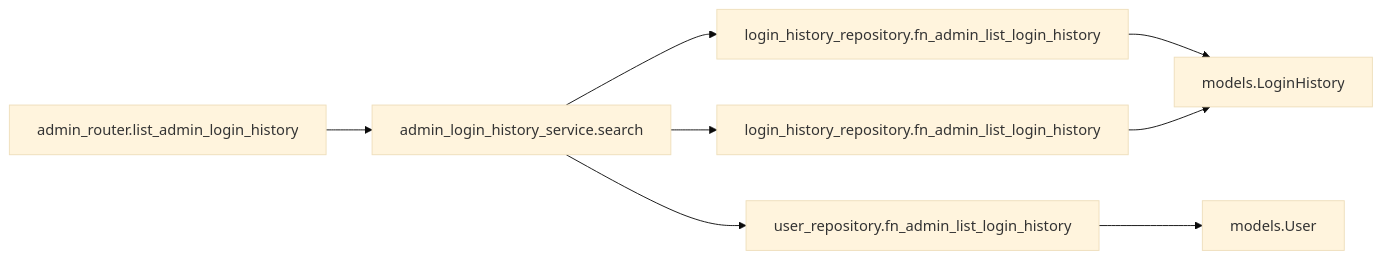
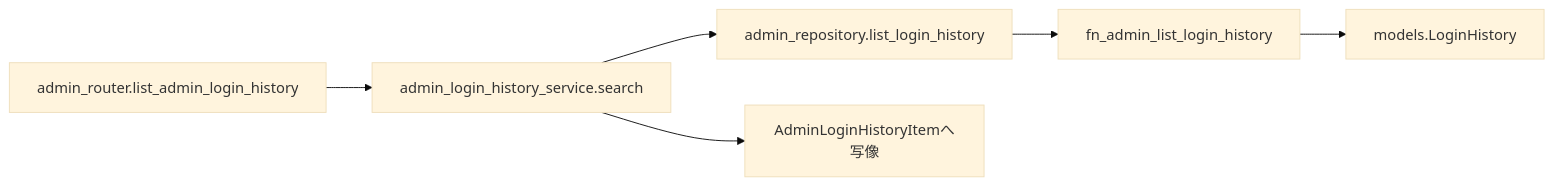
One commit to oikawa-d/task_management changed the third of 4 diagrams in docs/detailed_design/api/admin/07_get_admin_login_history.md. Above: the diagram before and after it, drawn with Mermaid (base theme). The commit also changed other lines of this file, not shown here.

````diff
--- a/docs/detailed_design/api/admin/07_get_admin_login_history.md
+++ b/docs/detailed_design/api/admin/07_get_admin_login_history.md
@@ -186,10 +186,8 @@
 ```mermaid
 flowchart LR
     R["admin_router.list_admin_login_history"] --> S["admin_login_history_service.search"]
-    S --> LRP1["login_history_repository.fn_admin_list_login_history"]
-    S --> LRP2["login_history_repository.fn_admin_list_login_history"]
-    S --> URP["user_repository.fn_admin_list_login_history"]
-    LRP1 --> M1["models.LoginHistory"]
-    LRP2 --> M1
-    URP --> M2["models.User"]
+    S --> ARP["admin_repository.list_login_history"]
+    ARP --> FN["fn_admin_list_login_history"]
+    FN --> M1["models.LoginHistory"]
+    S --> DTO["AdminLoginHistoryItemへ写像"]
 ```
````
